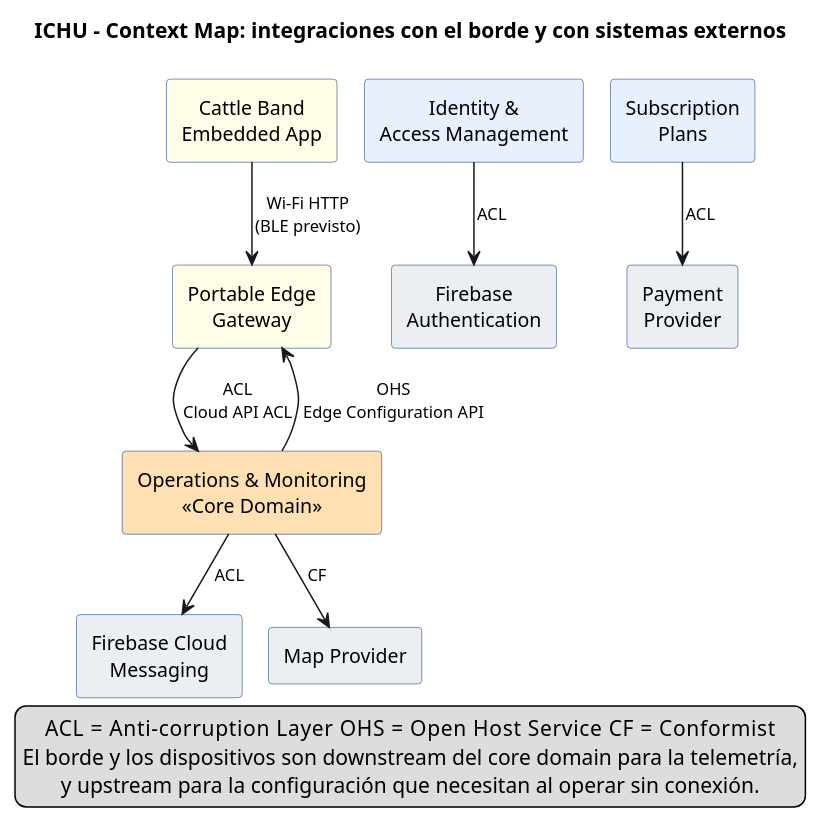
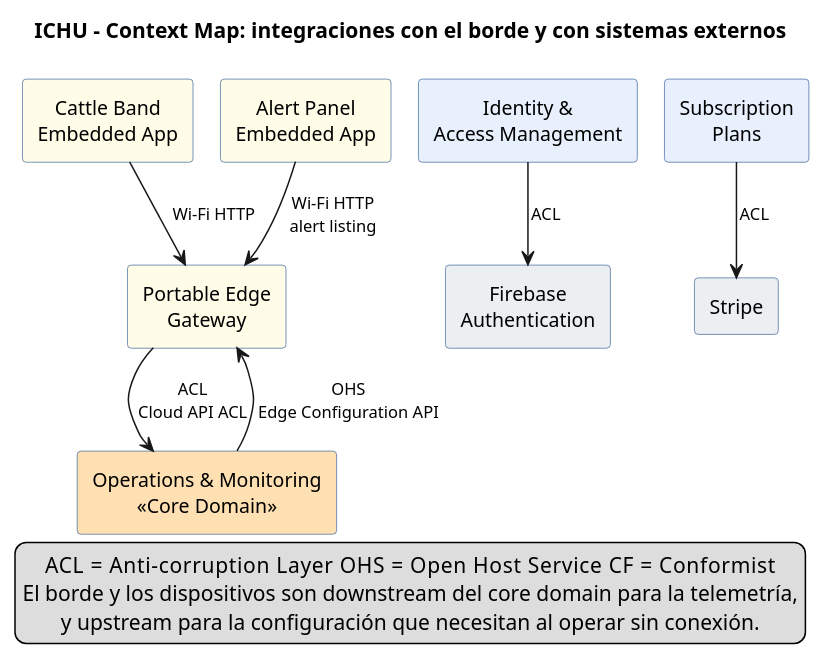
The diagram in report/assets/diagram-sources/puml/context-map-external.puml (five-smart-farm-creators/ichu-report), drawn with PlantUML before and after one commit. The commit also changed 2 other files, not shown here.

Commit message:
docs(architecture): update the c4 model to the deployed solution
Add the alert panel and its hardware, name Stripe, Firebase Authentication and OpenStreetMap, model the real collar, edge and monitoring components, and deploy to GitHub Pages, Firebase Hosting and Render. Drop Firebase Cloud Messaging, BLE and the mobile cache, which the products do not use.

```diff
--- a/report/assets/diagram-sources/puml/context-map-external.puml
+++ b/report/assets/diagram-sources/puml/context-map-external.puml
@@ -1,39 +1,37 @@
 @startuml
 !pragma layout smetana
 skinparam shadowing false
 skinparam defaultTextAlignment center
 skinparam rectangle {
   BackgroundColor #FFFFFF
   BorderColor #4A6FA5
   FontSize 13
 }
 skinparam ArrowFontSize 11
 title ICHU - Context Map: integraciones con el borde y con sistemas externos
 
 rectangle "Cattle Band\nEmbedded App" as BAND #FFFDE7
 rectangle "Portable Edge\nGateway" as EDGE #FFFDE7
+rectangle "Alert Panel\nEmbedded App" as PANEL #FFFDE7
 
 rectangle "Operations & Monitoring\n<<Core Domain>>" as MON #FFE0B2
 rectangle "Identity &\nAccess Management" as IAM #E8F0FE
 rectangle "Subscription\nPlans" as SUB #E8F0FE
 
 rectangle "Firebase\nAuthentication" as FBA #ECEFF1
-rectangle "Firebase Cloud\nMessaging" as FCM #ECEFF1
-rectangle "Map Provider" as MAP #ECEFF1
-rectangle "Payment\nProvider" as PAY #ECEFF1
+rectangle "Stripe" as PAY #ECEFF1
 
-BAND -down-> EDGE : Wi-Fi HTTP\n(BLE previsto)
+BAND -down-> EDGE : Wi-Fi HTTP
+PANEL -down-> EDGE : Wi-Fi HTTP\nalert listing
 EDGE -down-> MON : ACL\nCloud API ACL
 MON -up-> EDGE : OHS\nEdge Configuration API
 
-MON -down-> FCM : ACL
-MON -down-> MAP : CF
 IAM -down-> FBA : ACL
 SUB -down-> PAY : ACL
 
 legend bottom
   ACL = Anti-corruption Layer     OHS = Open Host Service     CF = Conformist
   El borde y los dispositivos son downstream del core domain para la telemetría,
   y upstream para la configuración que necesitan al operar sin conexión.
 endlegend
 @enduml
```
